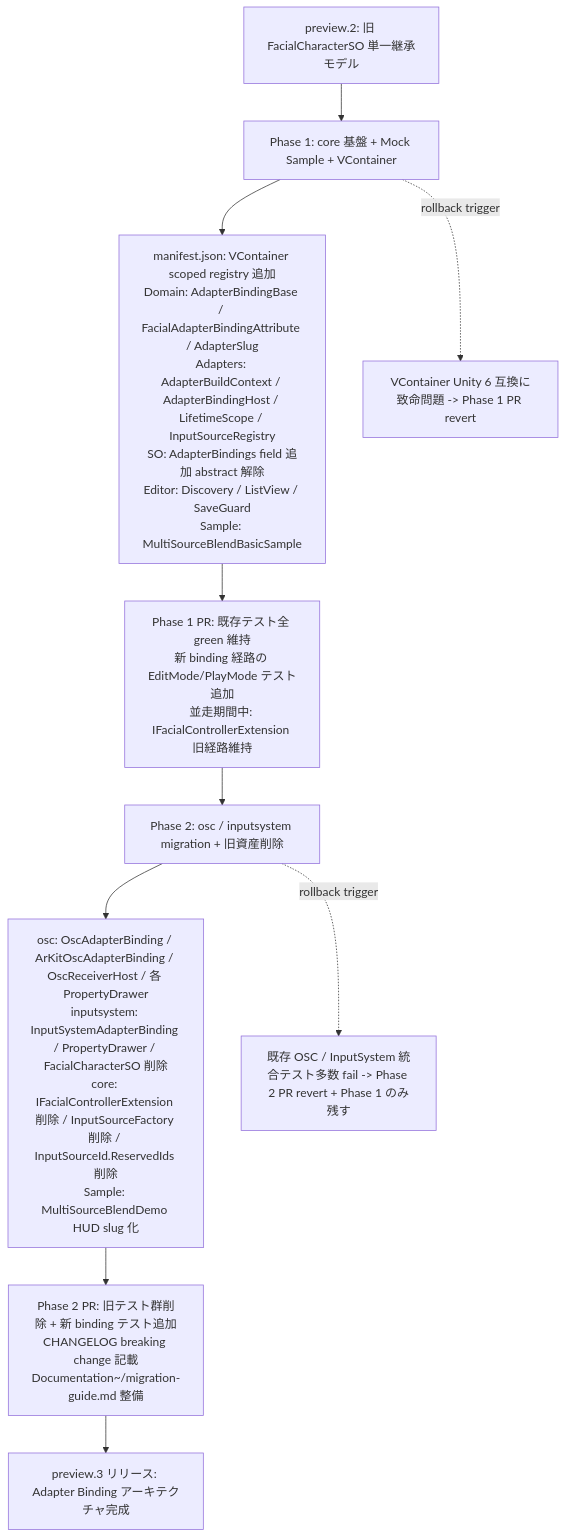
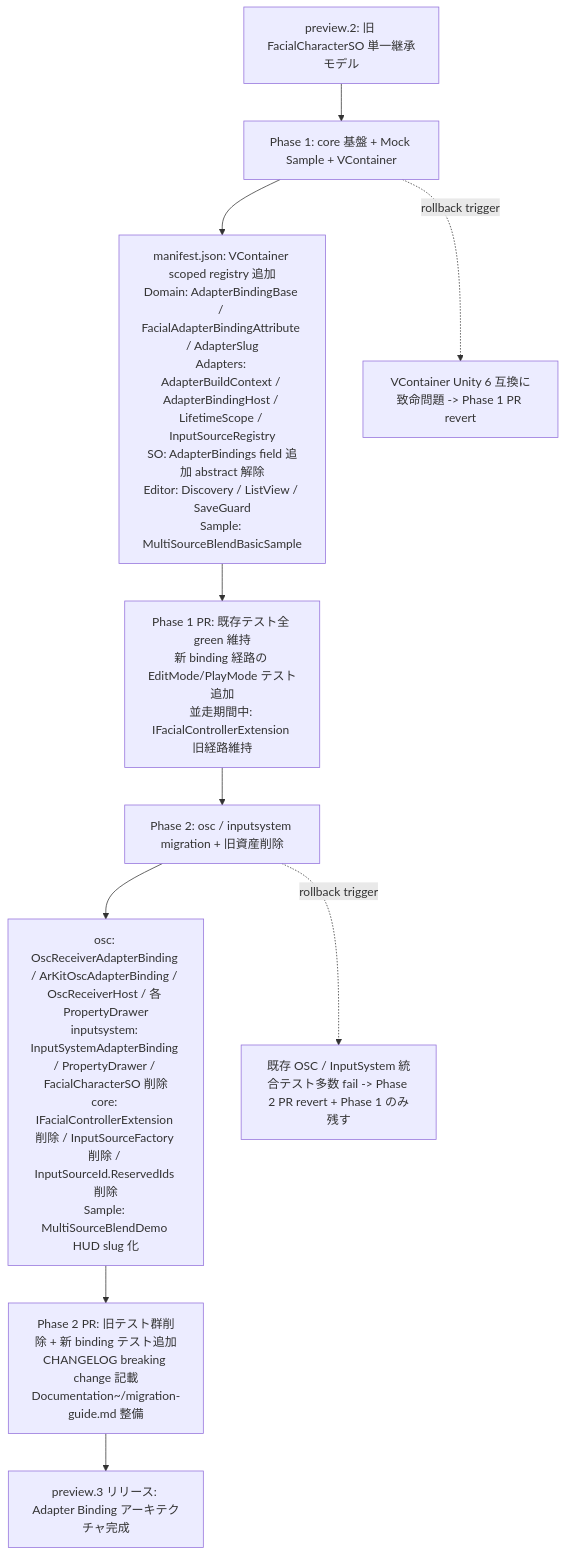
The fifth of 5 diagrams in .kiro/specs/adapter-binding-architecture/design.md (UNVGI/UnvgiFacialControl), drawn with Mermaid before and after one commit. The commit also changed other lines of this file and 71 other files, not shown here.

Commit message:
Update design.md, gap-analysis.md, requirements.md +57 more; Delete OscSenderHost.cs, OscSenderHost.cs.meta

````diff
--- a/.kiro/specs/adapter-binding-architecture/design.md
+++ b/.kiro/specs/adapter-binding-architecture/design.md
@@ -1236,13 +1236,13 @@
 ```mermaid
 flowchart TB
     Start[preview.2: 旧 FacialCharacterSO 単一継承モデル] --> P1[Phase 1: core 基盤 + Mock Sample + VContainer]
     P1 --> P1Detail[manifest.json: VContainer scoped registry 追加<br/>Domain: AdapterBindingBase / FacialAdapterBindingAttribute / AdapterSlug<br/>Adapters: AdapterBuildContext / AdapterBindingHost / LifetimeScope / InputSourceRegistry<br/>SO: AdapterBindings field 追加 abstract 解除<br/>Editor: Discovery / ListView / SaveGuard<br/>Sample: MultiSourceBlendBasicSample]
     P1Detail --> P1Tests[Phase 1 PR: 既存テスト全 green 維持<br/>新 binding 経路の EditMode/PlayMode テスト追加<br/>並走期間中: IFacialControllerExtension 旧経路維持]
     P1Tests --> P2[Phase 2: osc / inputsystem migration + 旧資産削除]
-    P2 --> P2Detail[osc: OscAdapterBinding / ArKitOscAdapterBinding / OscReceiverHost / 各 PropertyDrawer<br/>inputsystem: InputSystemAdapterBinding / PropertyDrawer / FacialCharacterSO 削除<br/>core: IFacialControllerExtension 削除 / InputSourceFactory 削除 / InputSourceId.ReservedIds 削除<br/>Sample: MultiSourceBlendDemo HUD slug 化]
+    P2 --> P2Detail[osc: OscReceiverAdapterBinding / ArKitOscAdapterBinding / OscReceiverHost / 各 PropertyDrawer<br/>inputsystem: InputSystemAdapterBinding / PropertyDrawer / FacialCharacterSO 削除<br/>core: IFacialControllerExtension 削除 / InputSourceFactory 削除 / InputSourceId.ReservedIds 削除<br/>Sample: MultiSourceBlendDemo HUD slug 化]
     P2Detail --> P2Tests[Phase 2 PR: 旧テスト群削除 + 新 binding テスト追加<br/>CHANGELOG breaking change 記載<br/>Documentation~/migration-guide.md 整備]
     P2Tests --> Done[preview.3 リリース: Adapter Binding アーキテクチャ完成]
 
     P1 -.rollback trigger.-> Rollback1[VContainer Unity 6 互換に致命問題 -> Phase 1 PR revert]
     P2 -.rollback trigger.-> Rollback2[既存 OSC / InputSystem 統合テスト多数 fail -> Phase 2 PR revert + Phase 1 のみ残す]
 ```
````
